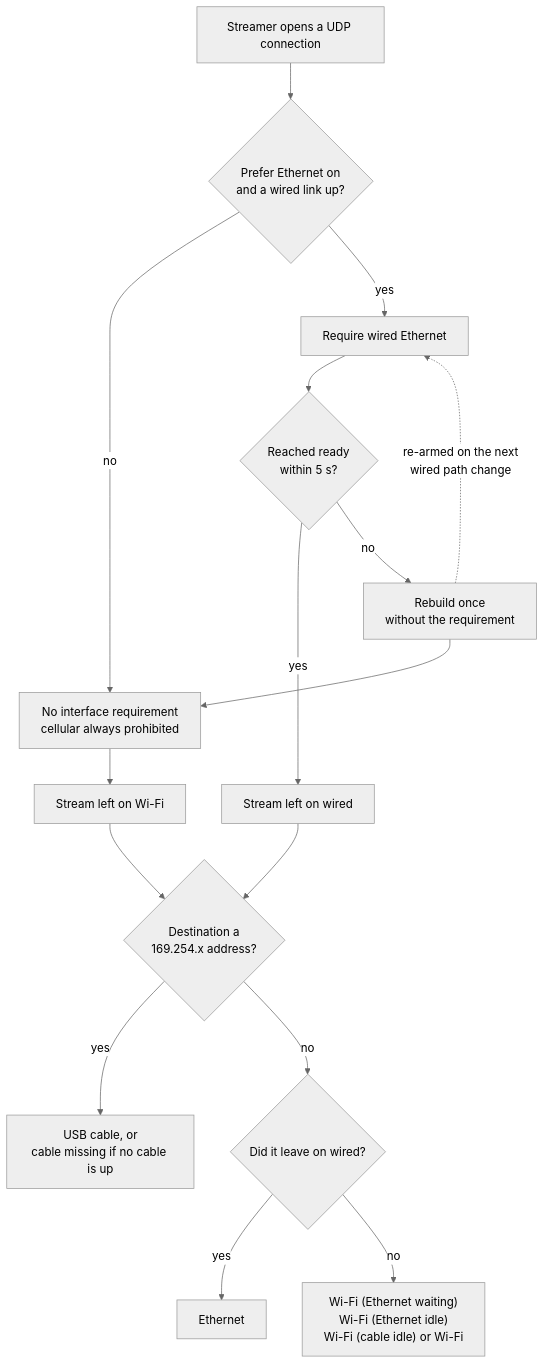
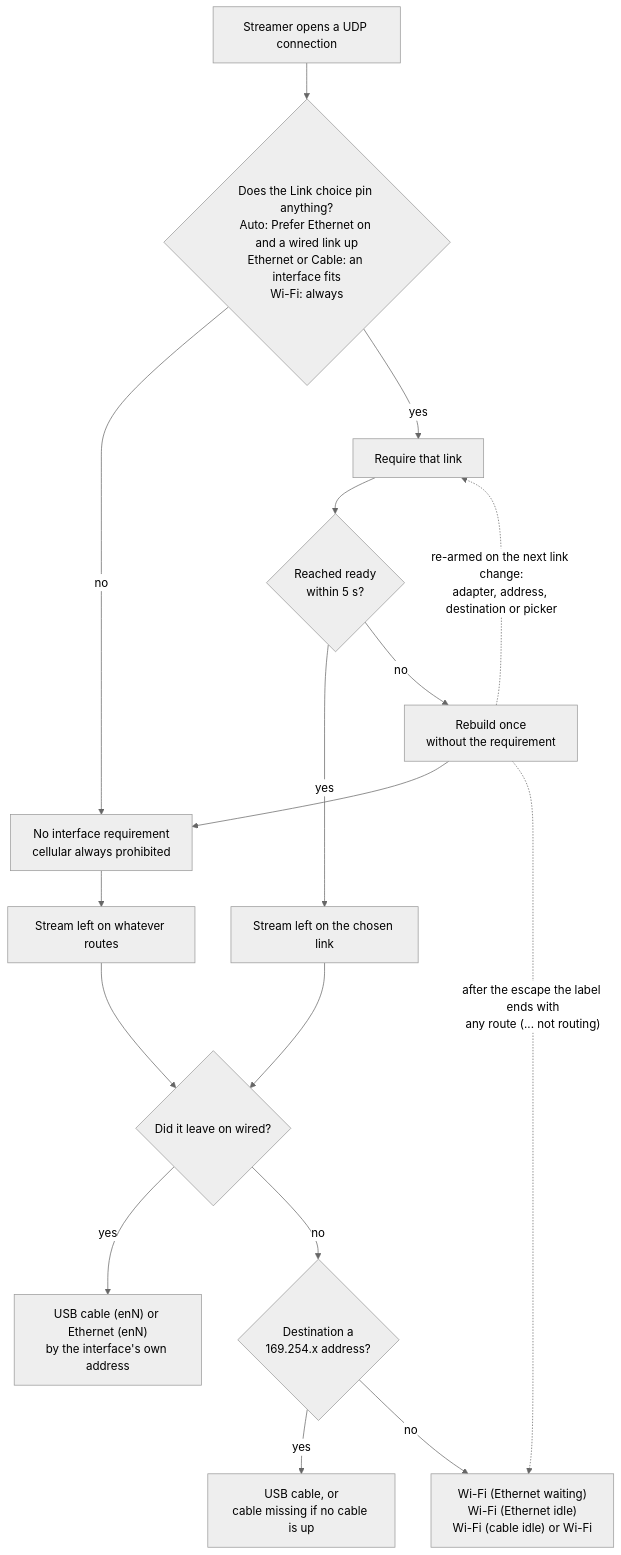
Before and after one commit to AristidesAI/TDStage-Docs: the first of 2 diagrams in ios/live.md, drawn with Mermaid (neutral theme). The commit also changed other lines of this file and 8 other files, not shown here.

````diff
--- a/ios/live.md
+++ b/ios/live.md
@@ -237,18 +242,19 @@
 ```mermaid
 flowchart TD
-  A["Streamer opens a UDP connection"] --> B{"Prefer Ethernet on<br/>and a wired link up?"}
+  A["Streamer opens a UDP connection"] --> B{"Does the Link choice pin anything?<br/>Auto: Prefer Ethernet on and a wired link up<br/>Ethernet or Cable: an interface fits<br/>Wi-Fi: always"}
   B -- no --> W["No interface requirement<br/>cellular always prohibited"]
-  B -- yes --> R["Require wired Ethernet"]
+  B -- yes --> R["Require that link"]
   R --> C{"Reached ready<br/>within 5 s?"}
-  C -- yes --> S["Stream left on wired"]
+  C -- yes --> S["Stream left on the chosen link"]
   C -- no --> F["Rebuild once<br/>without the requirement"]
   F --> W
-  F -. "re-armed on the next<br/>wired path change" .-> R
-  W --> V["Stream left on Wi-Fi"]
-  S --> L{"Destination a<br/>169.254.x address?"}
+  F -. "re-armed on the next link change:<br/>adapter, address, destination or picker" .-> R
+  W --> V["Stream left on whatever routes"]
+  S --> L{"Did it leave on wired?"}
   V --> L
-  L -- yes --> M["USB cable, or<br/>cable missing if no cable is up"]
-  L -- no --> N{"Did it leave on wired?"}
-  N -- yes --> O["Ethernet"]
+  L -- yes --> O["USB cable (enN) or Ethernet (enN)<br/>by the interface's own address"]
+  L -- no --> N{"Destination a<br/>169.254.x address?"}
+  N -- yes --> M["USB cable, or<br/>cable missing if no cable is up"]
   N -- no --> P["Wi-Fi (Ethernet waiting)<br/>Wi-Fi (Ethernet idle)<br/>Wi-Fi (cable idle) or Wi-Fi"]
+  F -. "after the escape the label ends with<br/>any route (... not routing)" .-> P
 ```
````
